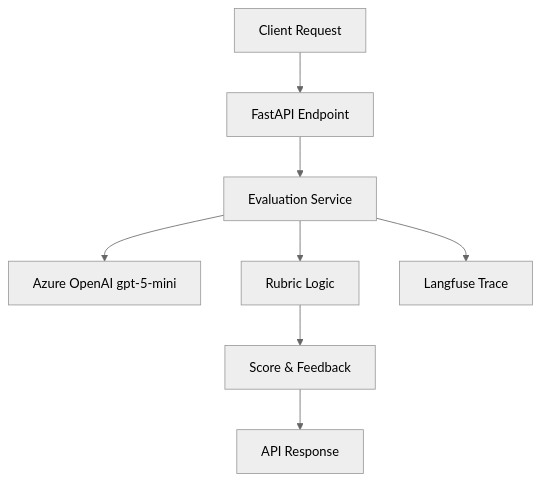
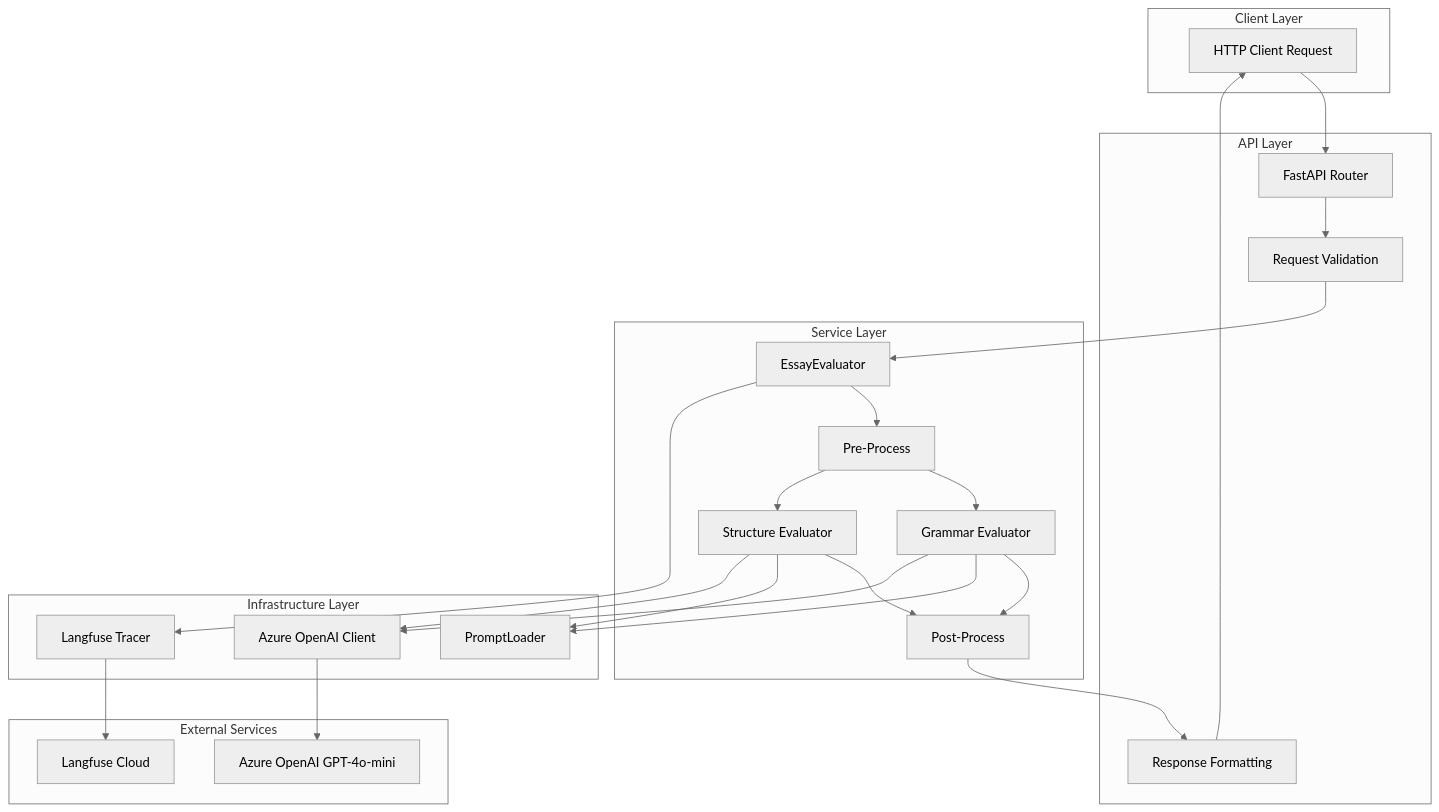
One commit to Cheeyoung-Yoon/creverse changed the first of 2 diagrams in REPORT_frame.md. Above: the diagram before and after it, drawn with Mermaid (neutral theme). The commit also changed other lines of this file and 20 other files, not shown here.

`````diff
--- a/REPORT_frame.md
+++ b/REPORT_frame.md
@@ -16,10 +18,50 @@
 ```mermaid
-flowchart TD
-    A[Client Request] --> B[FastAPI Endpoint]
-    B --> C[Evaluation Service]
-    C --> D[Azure OpenAI gpt-5-mini]
-    C --> E[Rubric Logic]
-    E --> F[Score & Feedback]
-    C --> G[Langfuse Trace]
-    F --> H[API Response]
+flowchart TB
+    subgraph "Client Layer"
+        A[HTTP Client Request]
+    end
+    
+    subgraph "API Layer"
+        B[FastAPI Router]
+        C[Request Validation]
+        D[Response Formatting]
+    end
+    
+    subgraph "Service Layer"
+        E[EssayEvaluator]
+        F[Pre-Process]
+        G[Grammar Evaluator]
+        H[Structure Evaluator]
+        I[Post-Process]
+    end
+    
+    subgraph "Infrastructure Layer"
+        J[PromptLoader]
+        K[Azure OpenAI Client]
+        L[Langfuse Tracer]
+    end
+    
+    subgraph "External Services"
+        M[Azure OpenAI GPT-4o-mini]
+        N[Langfuse Cloud]
+    end
+    
+    A --> B
+    B --> C
+    C --> E
+    E --> F
+    F --> G
+    F --> H
+    G --> I
+    H --> I
+    I --> D
+    D --> A
+    
+    G --> J
+    H --> J
+    G --> K
+    H --> K
+    K --> M
+    E --> L
+    L --> N
 ````
`````
